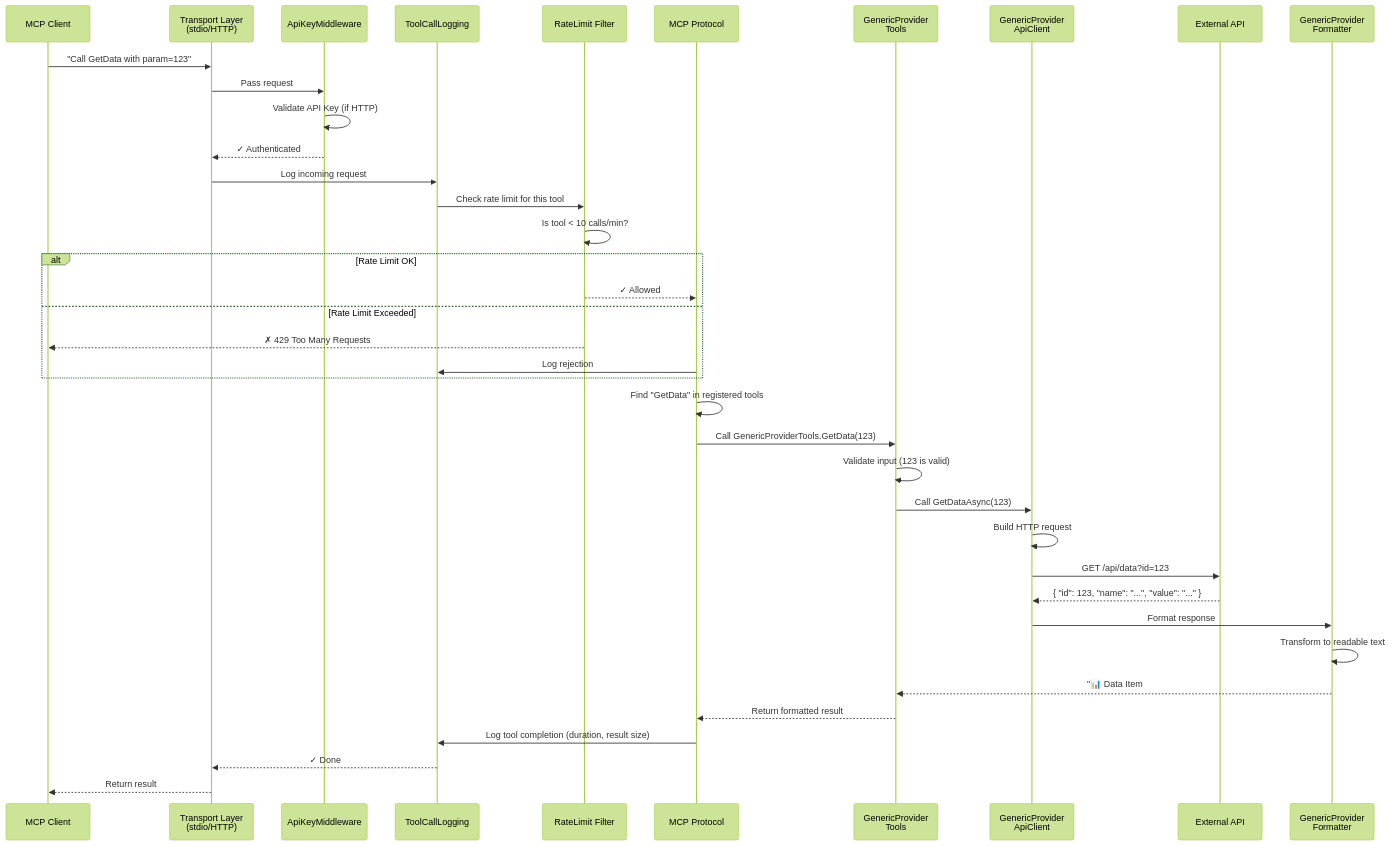
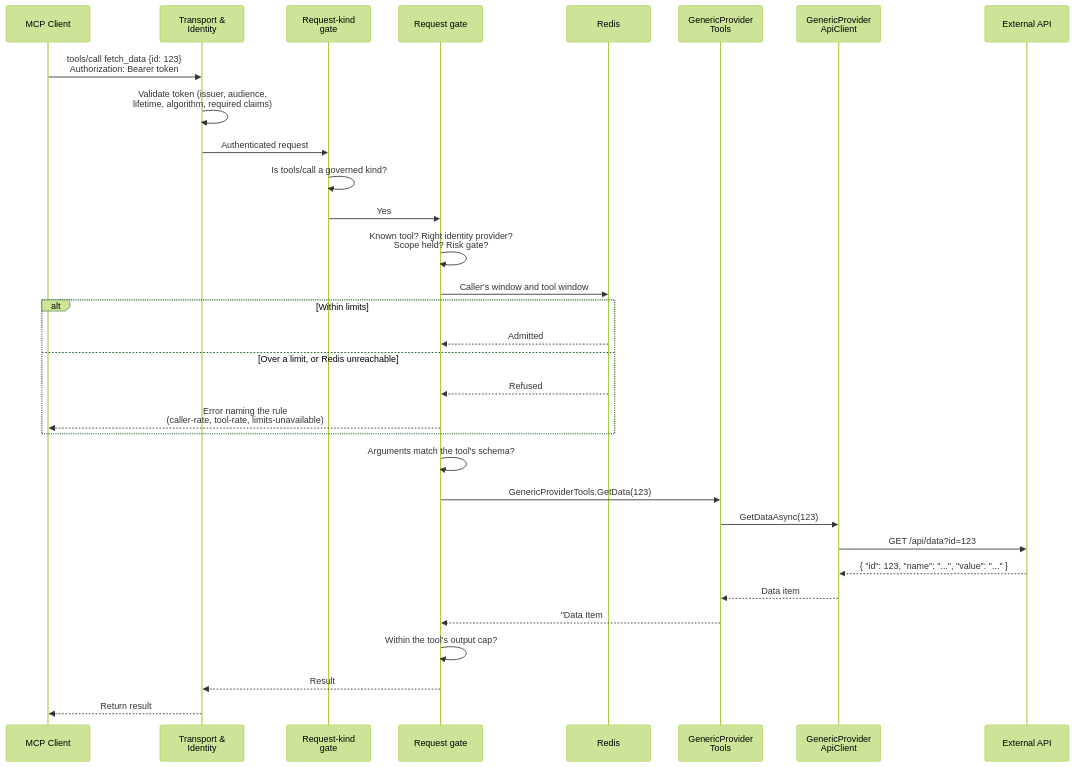
One commit to oskarc/MCPExtensibleTemplate changed the second of 10 diagrams in docs/02-ARCHITECTURE-FLOWCHARTS.md. Above: the diagram before and after it, drawn with Mermaid (forest theme). The commit also changed other lines of this file and 24 other files, not shown here.

````diff
--- a/docs/02-ARCHITECTURE-FLOWCHARTS.md
+++ b/docs/02-ARCHITECTURE-FLOWCHARTS.md
@@ -65,41 +68,35 @@
 ```mermaid
 sequenceDiagram
     participant Client as MCP Client
-    participant Transport as Transport Layer<br/>(stdio/HTTP)
-    participant Auth as ApiKeyMiddleware
-    participant Logger as ToolCallLogging
-    participant RateLimit as RateLimit Filter
-    participant MCP as MCP Protocol
+    participant Transport as Transport &<br/>Identity
+    participant Kinds as Request-kind<br/>gate
+    participant Gate as Request gate
+    participant Redis as Redis
     participant Tool as GenericProvider<br/>Tools
     participant ApiClient as GenericProvider<br/>ApiClient
     participant API as External API
-    participant Formatter as GenericProvider<br/>Formatter
 
-    Client->>Transport: "Call GetData with param=123"
-    Transport->>Auth: Pass request
-    Auth->>Auth: Validate API Key (if HTTP)
-    Auth-->>Transport: ✓ Authenticated
-    Transport->>Logger: Log incoming request
-    Logger->>RateLimit: Check rate limit for this tool
-    RateLimit->>RateLimit: Is tool < 10 calls/min?
-    alt Rate Limit OK
-        RateLimit-->>MCP: ✓ Allowed
-    else Rate Limit Exceeded
-        RateLimit-->>Client: ✗ 429 Too Many Requests
-        MCP->>Logger: Log rejection
+    Client->>Transport: tools/call fetch_data {id: 123}<br/>Authorization: Bearer token
+    Transport->>Transport: Validate token (issuer, audience,<br/>lifetime, algorithm, required claims)
+    Transport->>Kinds: Authenticated request
+    Kinds->>Kinds: Is tools/call a governed kind?
+    Kinds->>Gate: Yes
+    Gate->>Gate: Known tool? Right identity provider?<br/>Scope held? Risk gate?
+    Gate->>Redis: Caller's window and tool window
+    alt Within limits
+        Redis-->>Gate: Admitted
+    else Over a limit, or Redis unreachable
+        Redis-->>Gate: Refused
+        Gate-->>Client: Error naming the rule<br/>(caller-rate, tool-rate, limits-unavailable)
     end
-    MCP->>MCP: Find "GetData" in registered tools
-    MCP->>Tool: Call GenericProviderTools.GetData(123)
-    Tool->>Tool: Validate input (123 is valid)
-    Tool->>ApiClient: Call GetDataAsync(123)
-    ApiClient->>ApiClient: Build HTTP request
+    Gate->>Gate: Arguments match the tool's schema?
+    Gate->>Tool: GenericProviderTools.GetData(123)
+    Tool->>ApiClient: GetDataAsync(123)
     ApiClient->>API: GET /api/data?id=123
     API-->>ApiClient: { "id": 123, "name": "...", "value": "..." }
-    ApiClient->>Formatter: Format response
-    Formatter->>Formatter: Transform to readable text
-    Formatter-->>Tool: "📊 Data Item #123\n  Name: ...\n  Value: ..."
-    Tool-->>MCP: Return formatted result
-    MCP->>Logger: Log tool completion (duration, result size)
-    Logger-->>Transport: ✓ Done
+    ApiClient-->>Tool: Data item
+    Tool-->>Gate: "Data Item #123 ..." (formatted)
+    Gate->>Gate: Within the tool's output cap?
+    Gate-->>Transport: Result
     Transport-->>Client: Return result
 ```
````
